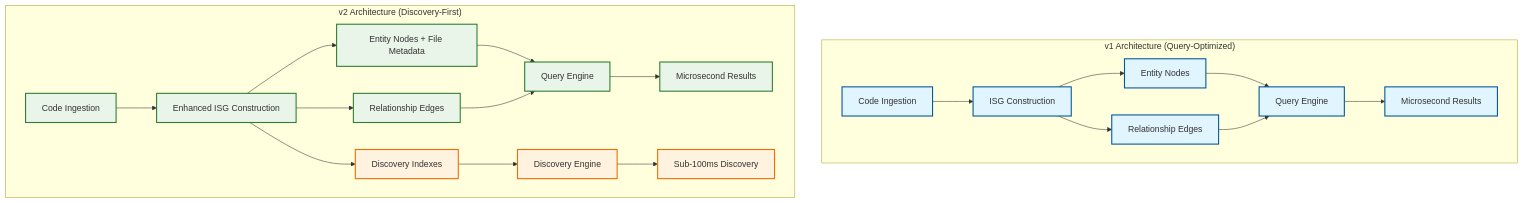
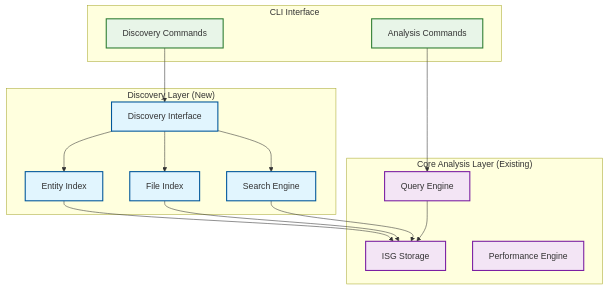
One commit to that-in-rust/parseltongue changed the diagram in .kiro/specs/parseltongue-v2-discovery-first/design.md. Above: the diagram before and after it, drawn with Mermaid. The commit also changed other lines of this file and 1 other file, not shown here.

````diff
--- a/.kiro/specs/parseltongue-v2-discovery-first/design.md
+++ b/.kiro/specs/parseltongue-v2-discovery-first/design.md
@@ -13,33 +20,38 @@
 ```mermaid
 graph TD
-    subgraph "v1 Architecture (Query-Optimized)"
-        A1[Code Ingestion] --> B1[ISG Construction]
-        B1 --> C1[Entity Nodes]
-        B1 --> D1[Relationship Edges]
-        C1 --> E1[Query Engine]
-        D1 --> E1
-        E1 --> F1[Microsecond Results]
+    subgraph "Discovery Layer (New)"
+        DI[Discovery Interface]
+        EI[Entity Index]
+        FI[File Index]
+        SI[Search Engine]
     end
     
-    subgraph "v2 Architecture (Discovery-First)"
-        A2[Code Ingestion] --> B2[Enhanced ISG Construction]
-        B2 --> C2[Entity Nodes + File Metadata]
-        B2 --> D2[Relationship Edges]
-        B2 --> G2[Discovery Indexes]
-        
-        C2 --> E2[Query Engine]
-        D2 --> E2
-        G2 --> H2[Discovery Engine]
-        
-        E2 --> F2[Microsecond Results]
-        H2 --> I2[Sub-100ms Discovery]
+    subgraph "Core Analysis Layer (Existing)"
+        ISG[ISG Storage]
+        QE[Query Engine]
+        PE[Performance Engine]
     end
     
-    classDef v1 fill:#e1f5fe,stroke:#01579b,stroke-width:2px
-    classDef v2 fill:#e8f5e8,stroke:#2e7d32,stroke-width:2px
-    classDef new fill:#fff3e0,stroke:#ef6c00,stroke-width:2px
+    subgraph "CLI Interface"
+        DC[Discovery Commands]
+        AC[Analysis Commands]
+    end
     
-    class A1,B1,C1,D1,E1,F1 v1
-    class A2,B2,C2,D2,E2,F2 v2
-    class G2,H2,I2 new
+    DC --> DI
+    AC --> QE
+    DI --> EI
+    DI --> FI
+    DI --> SI
+    EI --> ISG
+    FI --> ISG
+    SI --> ISG
+    QE --> ISG
+    
+    classDef discovery fill:#e1f5fe,stroke:#01579b,stroke-width:2px
+    classDef core fill:#f3e5f5,stroke:#7b1fa2,stroke-width:2px
+    classDef interface fill:#e8f5e8,stroke:#2e7d32,stroke-width:2px
+    
+    class DI,EI,FI,SI discovery
+    class ISG,QE,PE core
+    class DC,AC interface
 ```
````
